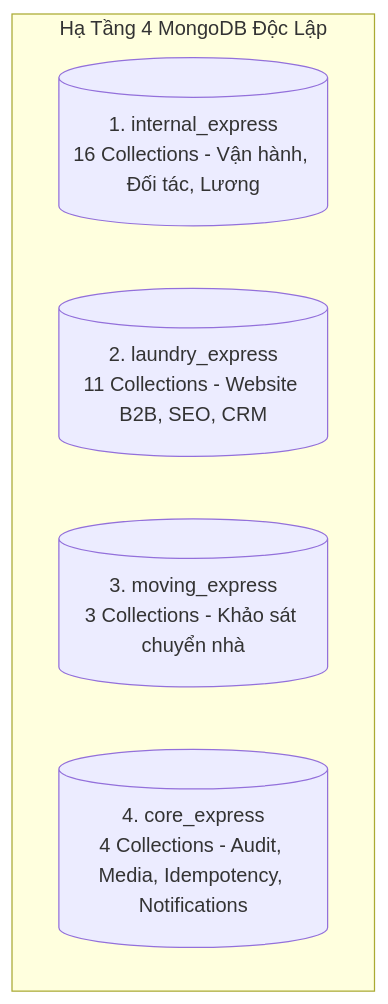
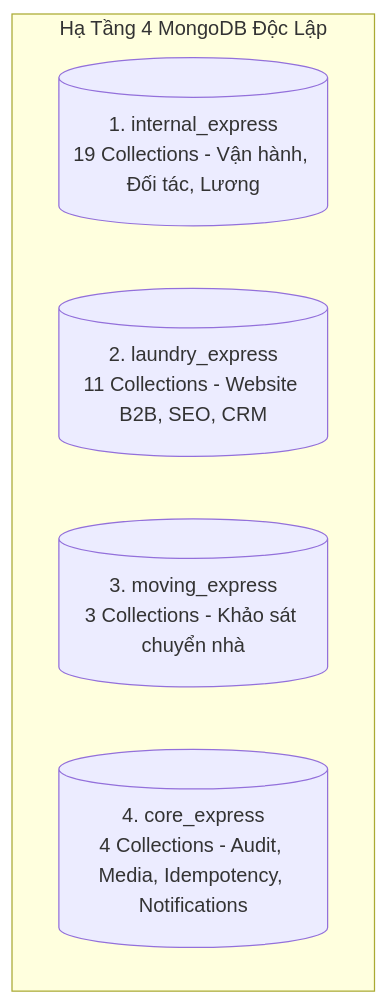
Before and after one commit to huyhoang011004/Project_Thanh_Xuan_Company: the first of 3 diagrams in .agents/docs/DATABASE_DICTIONARY.md, drawn with Mermaid. The commit also changed other lines of this file and 6 other files, not shown here.

````diff
--- a/.agents/docs/DATABASE_DICTIONARY.md
+++ b/.agents/docs/DATABASE_DICTIONARY.md
@@ -13,9 +13,9 @@
 ```mermaid
 graph TD
     subgraph Multi_Database_Topology ["Hạ Tầng 4 MongoDB Độc Lập"]
-        DB_Internal[("1. internal_express<br/>16 Collections - Vận hành, Đối tác, Lương")]
+        DB_Internal[("1. internal_express<br/>19 Collections - Vận hành, Đối tác, Lương")]
         DB_Laundry[("2. laundry_express<br/>11 Collections - Website B2B, SEO, CRM")]
         DB_Moving[("3. moving_express<br/>3 Collections - Khảo sát chuyển nhà")]
         DB_Core[("4. core_express<br/>4 Collections - Audit, Media, Idempotency, Notifications")]
     end
 ```
````
